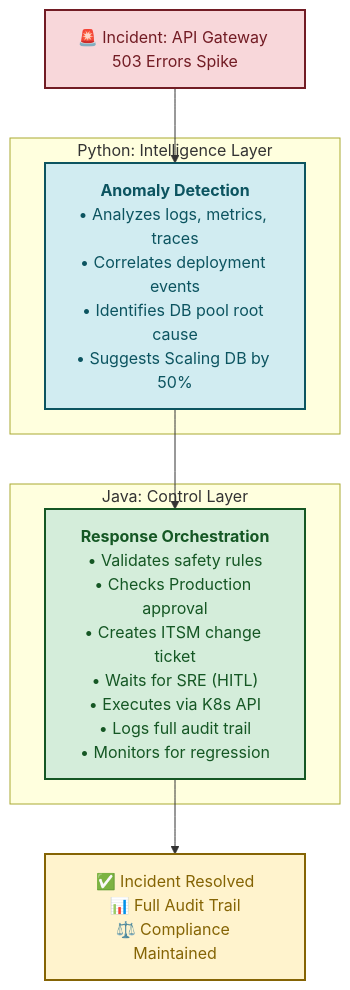
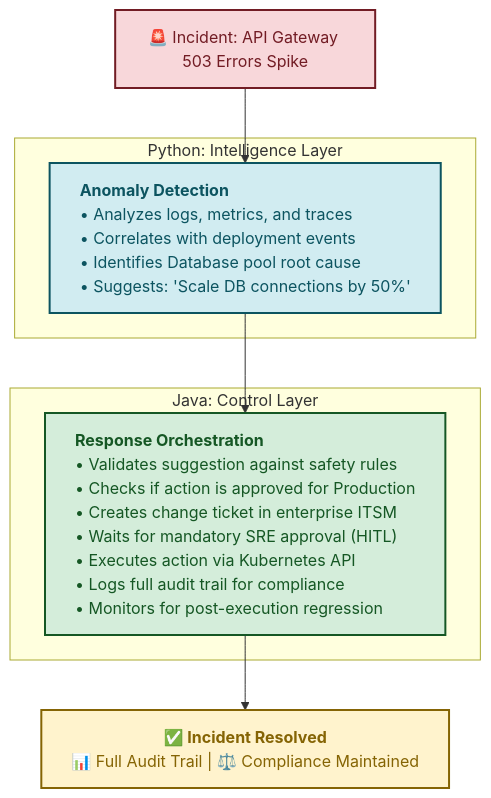
One commit to rsrini7/Learnings changed the first of 5 diagrams in AI-ML/Java-Python-Enterprise-AI.md. Above: the diagram before and after it, drawn with Mermaid. The commit also changed other lines of this file, not shown here.

First line of the commit message:
docs(AI-ML): improve readability of mermaid diagrams with text alignment

````diff
--- a/AI-ML/Java-Python-Enterprise-AI.md
+++ b/AI-ML/Java-Python-Enterprise-AI.md
@@ -78,26 +78,26 @@
 ```mermaid
 graph TD
     %% Define Node Styles
-    classDef incidentStyle fill:#f8d7da,stroke:#721c24,stroke-width:2px,color:#721c24;
-    classDef pythonStyle fill:#d1ecf1,stroke:#0c5460,stroke-width:2px,color:#0c5460;
-    classDef javaStyle fill:#d4edda,stroke:#155724,stroke-width:2px,color:#155724;
-    classDef resultStyle fill:#fff3cd,stroke:#856404,stroke-width:2px,color:#856404;
+    classDef incidentStyle fill:#f8d7da,stroke:#721c24,stroke-width:2px,color:#721c24,text-align:center;
+    classDef pythonStyle fill:#d1ecf1,stroke:#0c5460,stroke-width:2px,color:#0c5460,text-align:left;
+    classDef javaStyle fill:#d4edda,stroke:#155724,stroke-width:2px,color:#155724,text-align:left;
+    classDef resultStyle fill:#fff3cd,stroke:#856404,stroke-width:2px,color:#856404,text-align:center;
 
     %% Workflow Steps
     Incident["🚨 Incident: API Gateway 503 Errors Spike"]:::incidentStyle
     
     subgraph Python_Intelligence ["Python: Intelligence Layer"]
-        Python["<b>Anomaly Detection</b><br/>• Analyzes logs, metrics, traces<br/>• Correlates deployment events<br/>• Identifies DB pool root cause<br/>• Suggests Scaling DB by 50%"]:::pythonStyle
+        Python["<b>Anomaly Detection</b><br/><div style='white-space:nowrap'>• Analyzes logs, metrics, and traces</div><div style='white-space:nowrap'>• Correlates with deployment events</div><div style='white-space:nowrap'>• Identifies Database pool root cause</div><div style='white-space:nowrap'>• Suggests: 'Scale DB connections by 50%'</div>"]:::pythonStyle
     end
 
     subgraph Java_Control ["Java: Control Layer"]
-        Java["<b>Response Orchestration</b><br/>• Validates safety rules<br/>• Checks Production approval<br/>• Creates ITSM change ticket<br/>• Waits for SRE (HITL)<br/>• Executes via K8s API<br/>• Logs full audit trail<br/>• Monitors for regression"]:::javaStyle
+        Java["<b>Response Orchestration</b><br/><div style='white-space:nowrap'>• Validates suggestion against safety rules</div><div style='white-space:nowrap'>• Checks if action is approved for Production</div><div style='white-space:nowrap'>• Creates change ticket in enterprise ITSM</div><div style='white-space:nowrap'>• Waits for mandatory SRE approval (HITL)</div><div style='white-space:nowrap'>• Executes action via Kubernetes API</div><div style='white-space:nowrap'>• Logs full audit trail for compliance</div><div style='white-space:nowrap'>• Monitors for post-execution regression</div>"]:::javaStyle
     end
 
-    Resolved["✅ Incident Resolved<br/>📊 Full Audit Trail<br/>⚖️ Compliance Maintained"]:::resultStyle
+    Resolved["<b>✅ Incident Resolved</b><br/><div style='white-space:nowrap'>📊 Full Audit Trail | ⚖️ Compliance Maintained</div>"]:::resultStyle
 
     %% Connections
     Incident --> Python
     Python --> Java
     Java --> Resolved
 ```
````
